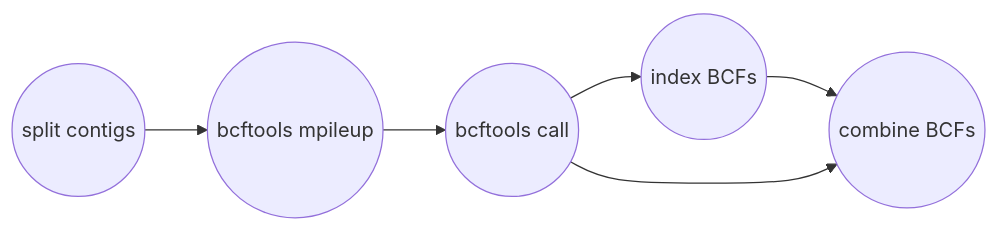
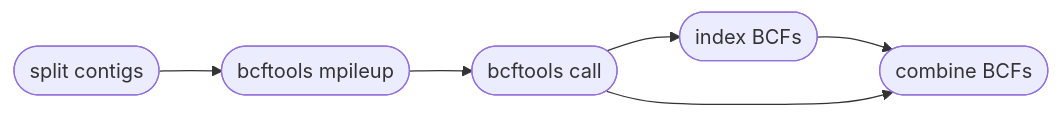
One commit to pdimens/harpy changed the first of 2 diagrams in Modules/variantcalling.md. Above: the diagram before and after it, drawn with Mermaid. The commit also changed other lines of this file and 4 other files, not shown here.

````diff
--- a/Modules/variantcalling.md
+++ b/Modules/variantcalling.md
@@ -56,8 +58,8 @@
 ```mermaid
 graph LR
-    A((split contigs)) --> B((bcftools mpileup))
-    B-->C((bcftools call))
-    C-->D((index BCFs))
-    D-->E((combine BCFs))
+    A([split contigs]) --> B([bcftools mpileup])
+    B-->C([bcftools call])
+    C-->D([index BCFs])
+    D-->E([combine BCFs])
     C-->E
 ```
````
